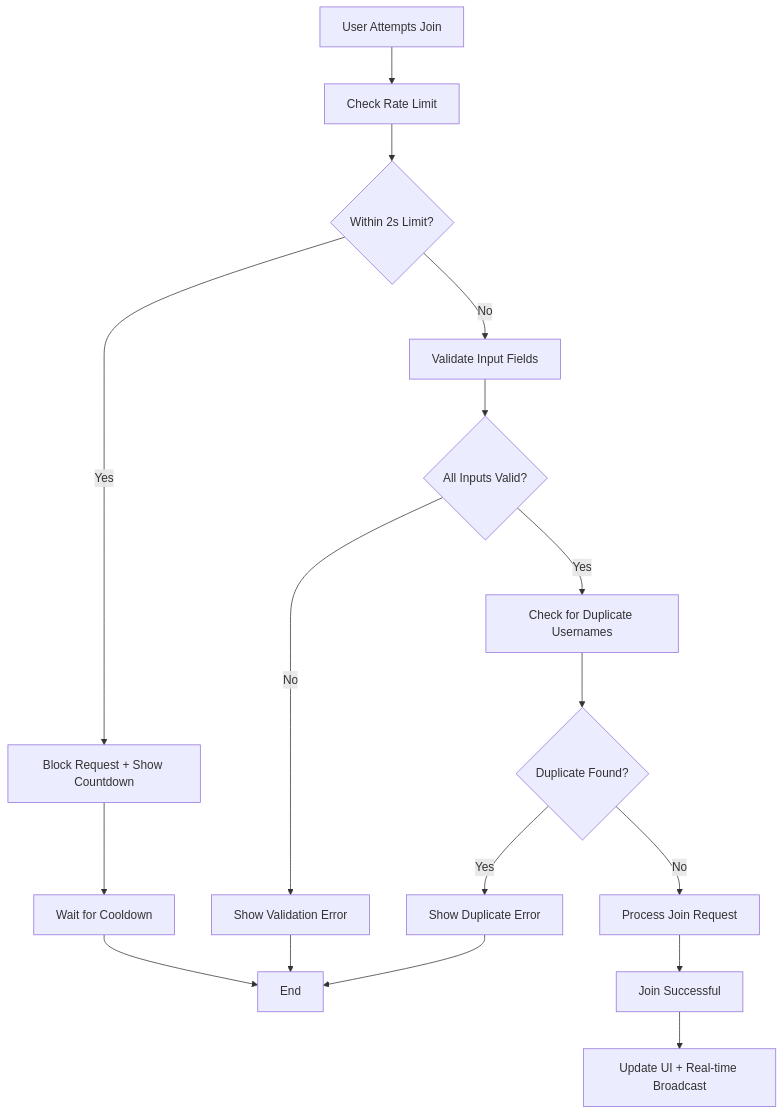
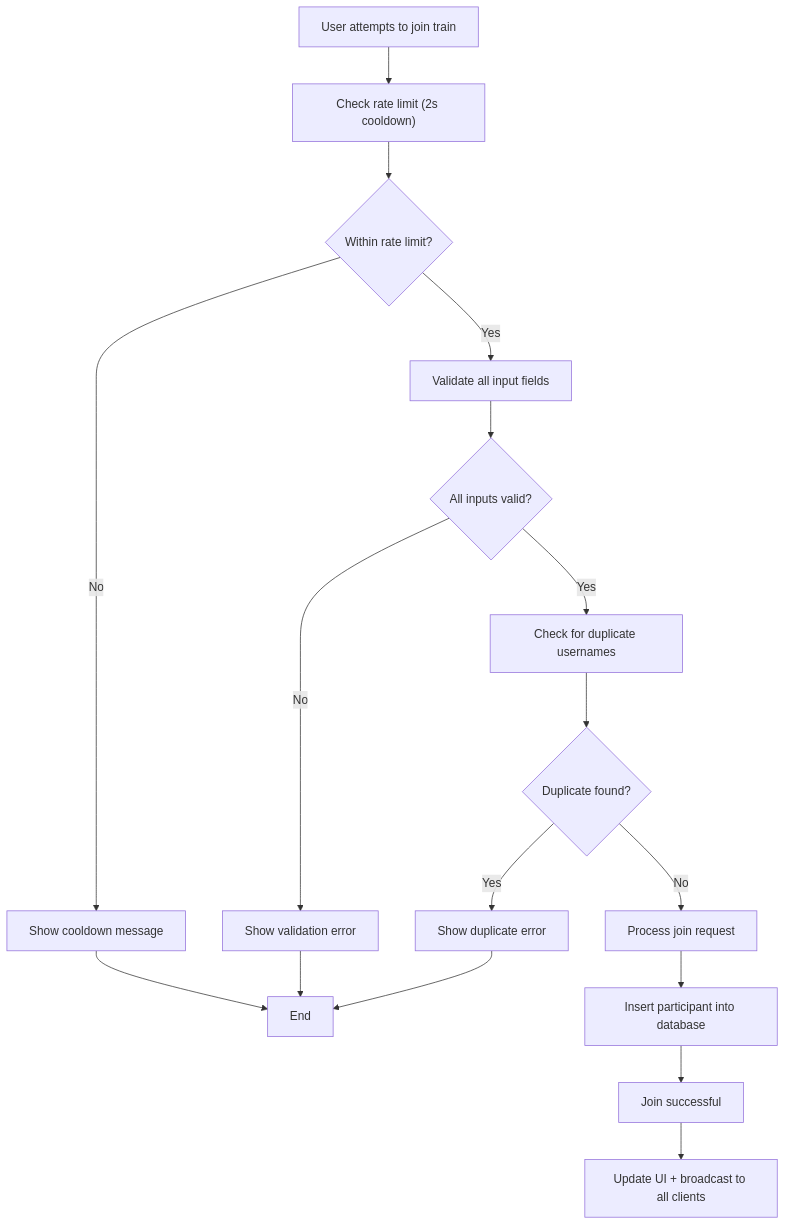
Diagram 15 of 19 in .qoder/repowiki/en/content/Application Architecture.md (TheBooleanJulian/followtrain-v2), drawn with Mermaid before and after one commit. The commit also changed other lines of this file and 202 other files, not shown here.

````diff
--- a/.qoder/repowiki/en/content/Application Architecture.md
+++ b/.qoder/repowiki/en/content/Application Architecture.md
@@ -506,19 +757,19 @@
 ```mermaid
 flowchart TD
-JoinRequest["User Attempts Join"] --> RateCheck["Check Rate Limit"]
-RateCheck --> WithinLimit{"Within 2s Limit?"}
-WithinLimit --> |Yes| BlockRequest["Block Request + Show Countdown"]
-WithinLimit --> |No| ValidateInput["Validate Input Fields"]
-ValidateInput --> ValidInputs{"All Inputs Valid?"}
-ValidInputs --> |No| ShowError["Show Validation Error"]
-ValidInputs --> |Yes| CheckDuplicates["Check for Duplicate Usernames"]
-CheckDuplicates --> HasDuplicate{"Duplicate Found?"}
-HasDuplicate --> |Yes| ShowDuplicateError["Show Duplicate Error"]
-HasDuplicate --> |No| ProcessJoin["Process Join Request"]
-BlockRequest --> Wait["Wait for Cooldown"]
-ShowError --> End["End"]
+JoinAttempt["User attempts to join train"] --> RateCheck["Check rate limit (2s cooldown)"]
+RateCheck --> RateOK{"Within rate limit?"}
+RateOK --> |No| ShowCooldown["Show cooldown message"]
+RateOK --> |Yes| ValidateInputs["Validate all input fields"]
+ValidateInputs --> InputOK{"All inputs valid?"}
+InputOK --> |No| ShowValidationError["Show validation error"]
+InputOK --> |Yes| CheckDuplicates["Check for duplicate usernames"]
+CheckDuplicates --> DuplicateFound{"Duplicate found?"}
+DuplicateFound --> |Yes| ShowDuplicateError["Show duplicate error"]
+DuplicateFound --> |No| ProcessJoin["Process join request"]
+ShowCooldown --> End["End"]
+ShowValidationError --> End
 ShowDuplicateError --> End
-Wait --> End
-ProcessJoin --> Success["Join Successful"]
-Success --> UpdateUI["Update UI + Real-time Broadcast"]
+ProcessJoin --> InsertDB["Insert participant into database"]
+InsertDB --> Success["Join successful"]
+Success --> UpdateUI["Update UI + broadcast to all clients"]
 ```
````
